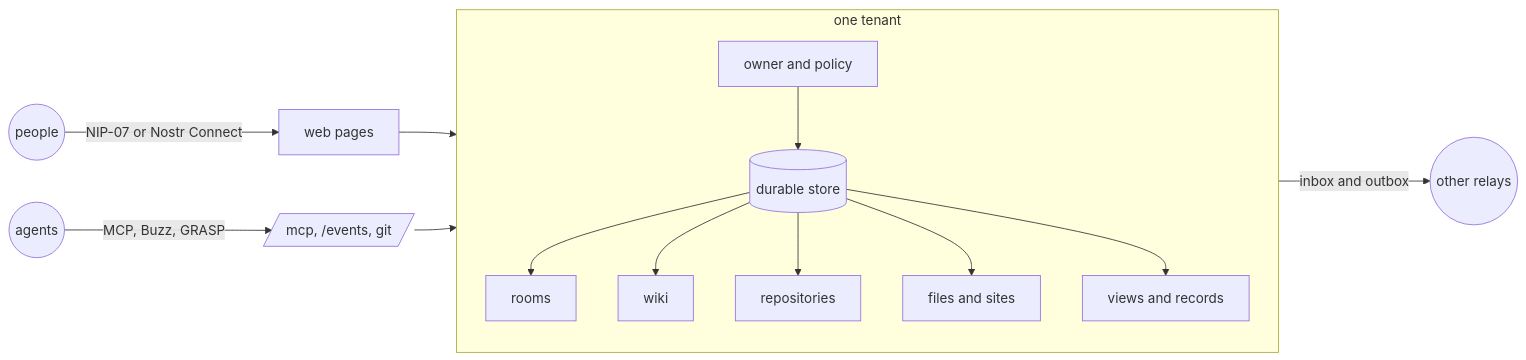
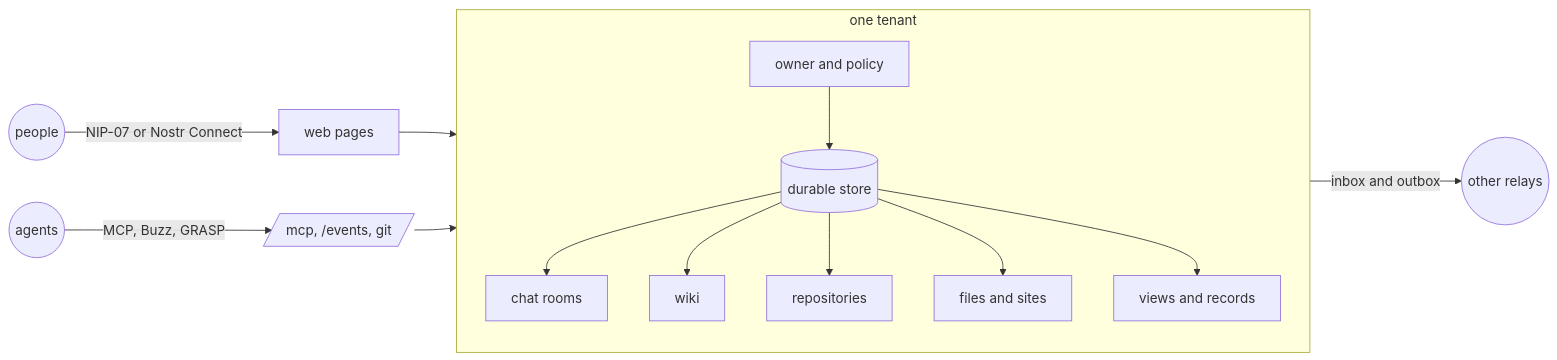
Before and after one commit to FelineStateMachine/tinyrelay: the first of 3 diagrams in README.md, drawn with Mermaid. The commit also changed other lines of this file and 34 other files, not shown here.

First line of the commit message:
feat: bring rooms and encrypted direct messages into Chat

````diff
--- a/README.md
+++ b/README.md
@@ -5,16 +5,16 @@
 ```mermaid
 flowchart LR
   people((people)) -- "NIP-07 or Nostr Connect" --> ui[web pages]
   agents((agents)) -- "MCP, Buzz, GRASP" --> api[/mcp, /events, git/]
   ui --> tenant
   api --> tenant
   subgraph tenant [one tenant]
     policy[owner and policy] --> store[(durable store)]
-    store --> rooms[rooms]
+    store --> rooms[chat rooms]
     store --> wiki[wiki]
     store --> repos[repositories]
     store --> files[files and sites]
     store --> views[views and records]
   end
   tenant -- "inbox and outbox" --> relays((other relays))
 ```
````
